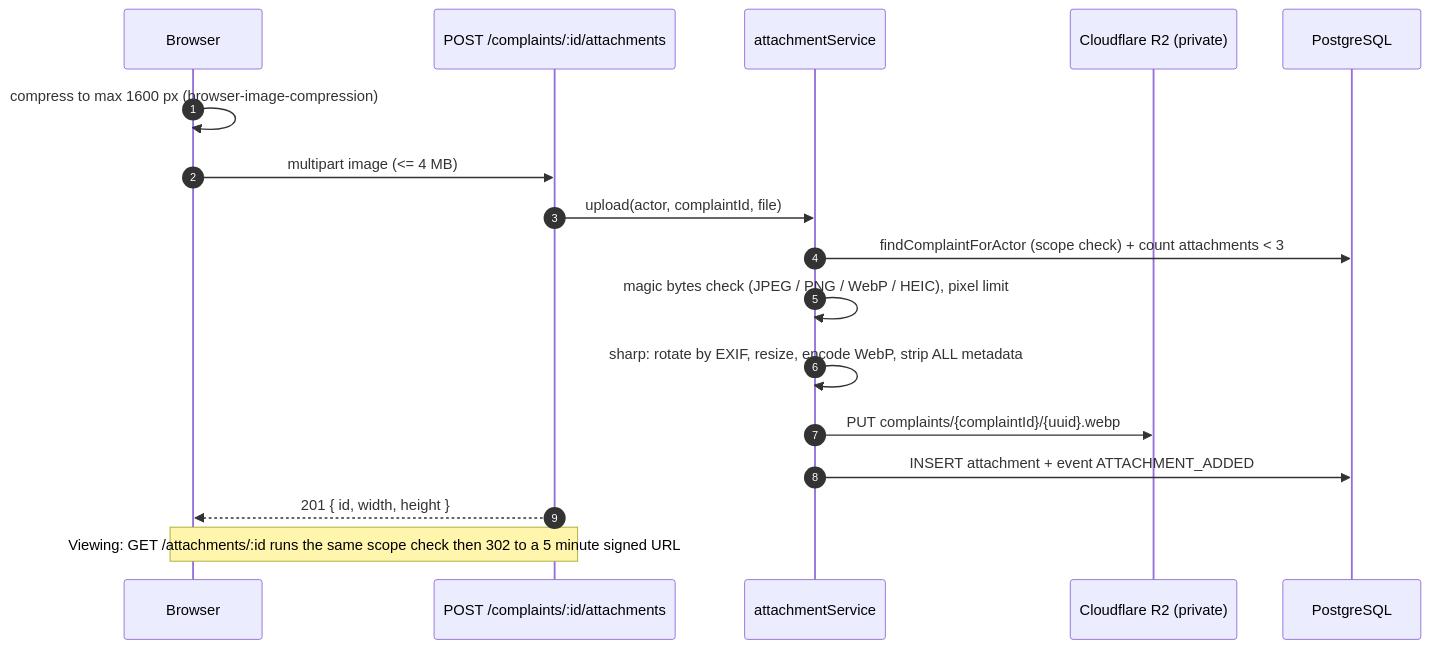
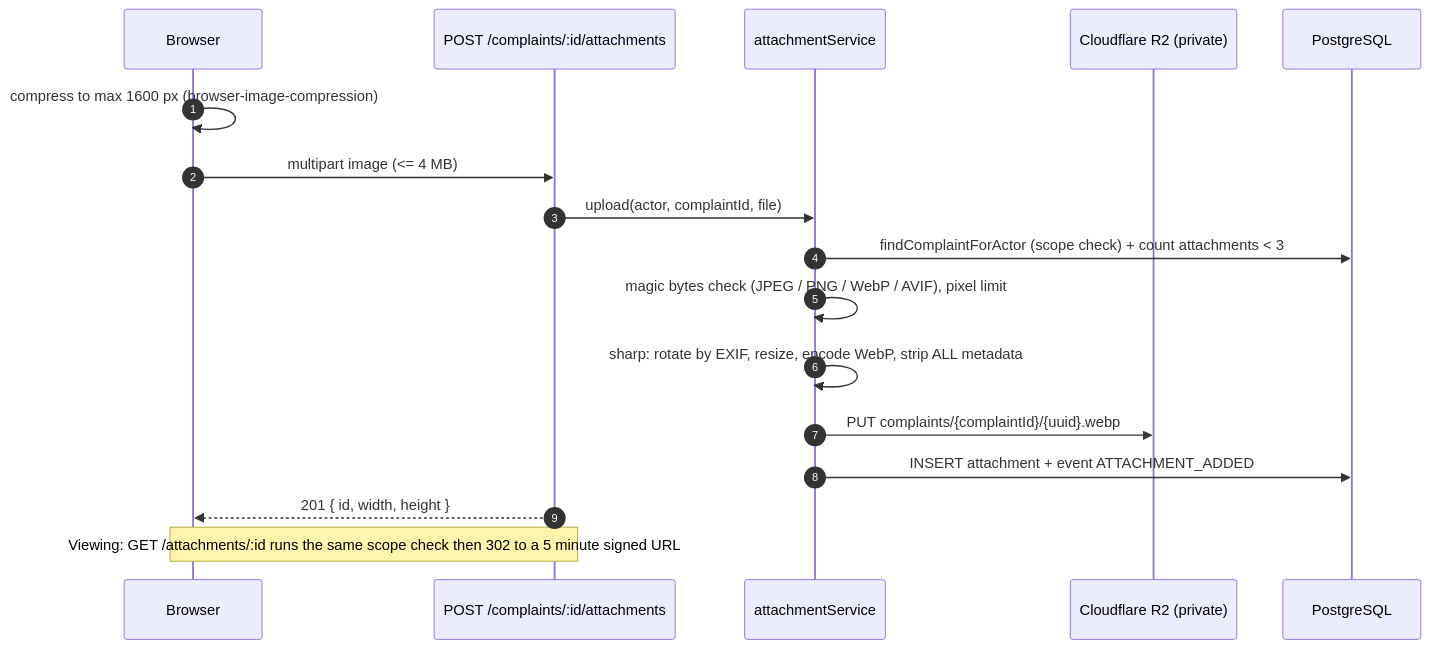
The fourth of 8 diagrams in docs/08-core-workflows.md (artifix09/campusconnect), drawn with Mermaid before and after one commit. The commit also changed other lines of this file and 9 other files, not shown here.

````diff
--- a/docs/08-core-workflows.md
+++ b/docs/08-core-workflows.md
@@ -96,20 +96,20 @@
 ```mermaid
 sequenceDiagram
     autonumber
     participant C as Browser
     participant API as POST /complaints/:id/attachments
     participant SVC as attachmentService
     participant R2 as Cloudflare R2 (private)
     participant DB as PostgreSQL
 
     C->>C: compress to max 1600 px (browser-image-compression)
     C->>API: multipart image (<= 4 MB)
     API->>SVC: upload(actor, complaintId, file)
     SVC->>DB: findComplaintForActor (scope check) + count attachments < 3
-    SVC->>SVC: magic bytes check (JPEG / PNG / WebP / HEIC), pixel limit
+    SVC->>SVC: magic bytes check (JPEG / PNG / WebP / AVIF), pixel limit
     SVC->>SVC: sharp: rotate by EXIF, resize, encode WebP, strip ALL metadata
     SVC->>R2: PUT complaints/{complaintId}/{uuid}.webp
     SVC->>DB: INSERT attachment + event ATTACHMENT_ADDED
     API-->>C: 201 { id, width, height }
     Note over C,API: Viewing: GET /attachments/:id runs the same scope check then 302 to a 5 minute signed URL
 ```
````
